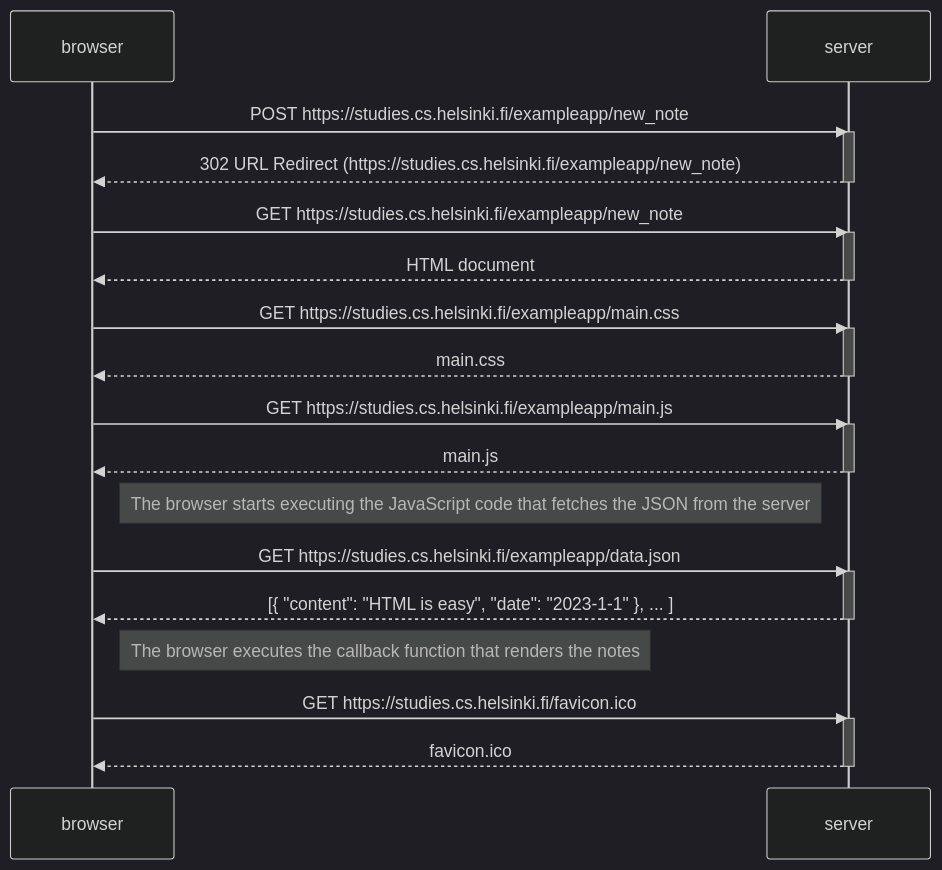
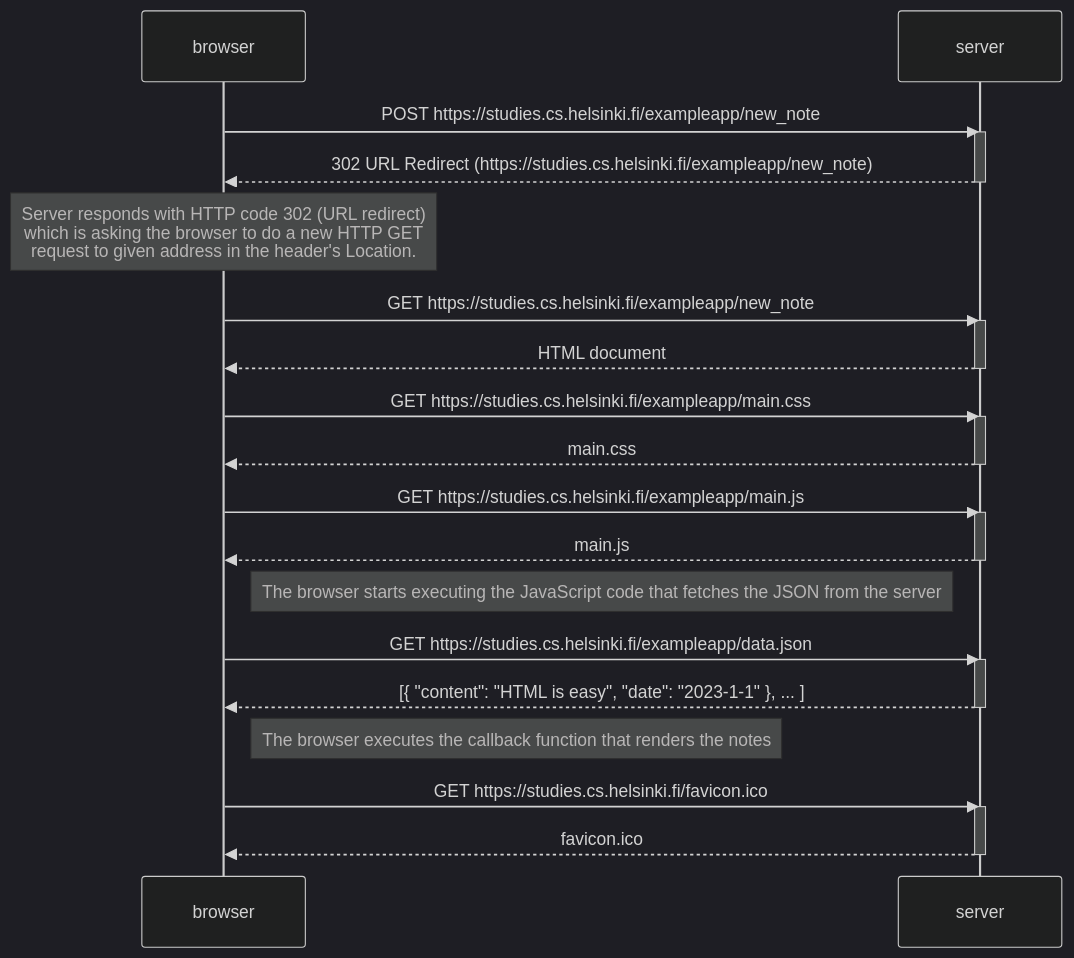
Before and after one commit to owenip/full-stack-open: the diagram in Part0/Exercise4.md, drawn with Mermaid (dark theme). The commit also changed 1 other file, not shown here.

Commit message:
Update Exercise 4 answer

````diff
--- a/Part0/Exercise4.md
+++ b/Part0/Exercise4.md
@@ -1,39 +1,41 @@
 ```mermaid
 sequenceDiagram
     participant browser
     participant server
     
     browser->>server: POST https://studies.cs.helsinki.fi/exampleapp/new_note
     activate server
+    
     server-->>browser: 302 URL Redirect (https://studies.cs.helsinki.fi/exampleapp/new_note)
     deactivate server
-    
+    Note over browser: Server responds with HTTP code 302 (URL redirect) <br>which is asking the browser to do a new HTTP GET <br> request to given address in the header's Location.
+
     browser->>server: GET https://studies.cs.helsinki.fi/exampleapp/new_note
     activate server
     server-->>browser: HTML document
     deactivate server
 
     browser->>server: GET https://studies.cs.helsinki.fi/exampleapp/main.css
     activate server
     server-->>browser: main.css
     deactivate server
     
     browser->>server: GET https://studies.cs.helsinki.fi/exampleapp/main.js
     activate server
     server-->>browser: main.js
     deactivate server
     
     Note right of browser: The browser starts executing the JavaScript code that fetches the JSON from the server
     
     browser->>server: GET https://studies.cs.helsinki.fi/exampleapp/data.json
     activate server
     server-->>browser: [{ "content": "HTML is easy", "date": "2023-1-1" }, ... ]
     deactivate server
 
     Note right of browser: The browser executes the callback function that renders the notes
 
     browser->>server: GET https://studies.cs.helsinki.fi/favicon.ico
     activate server
     server-->>browser: favicon.ico
     deactivate server
 ```
````
